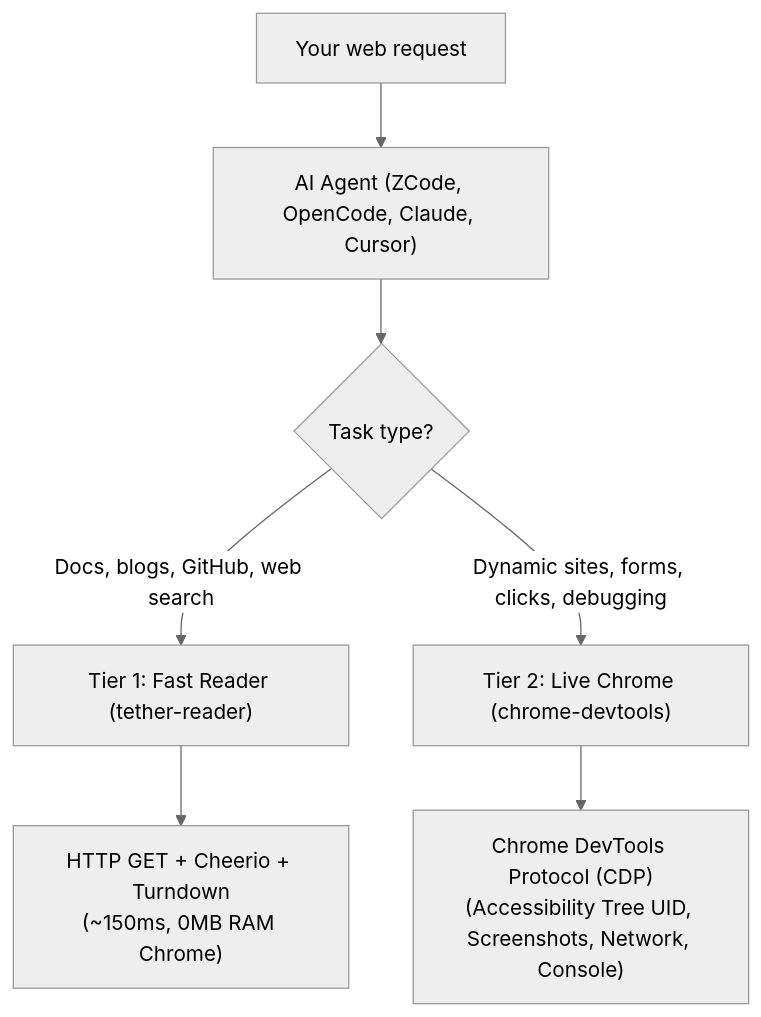
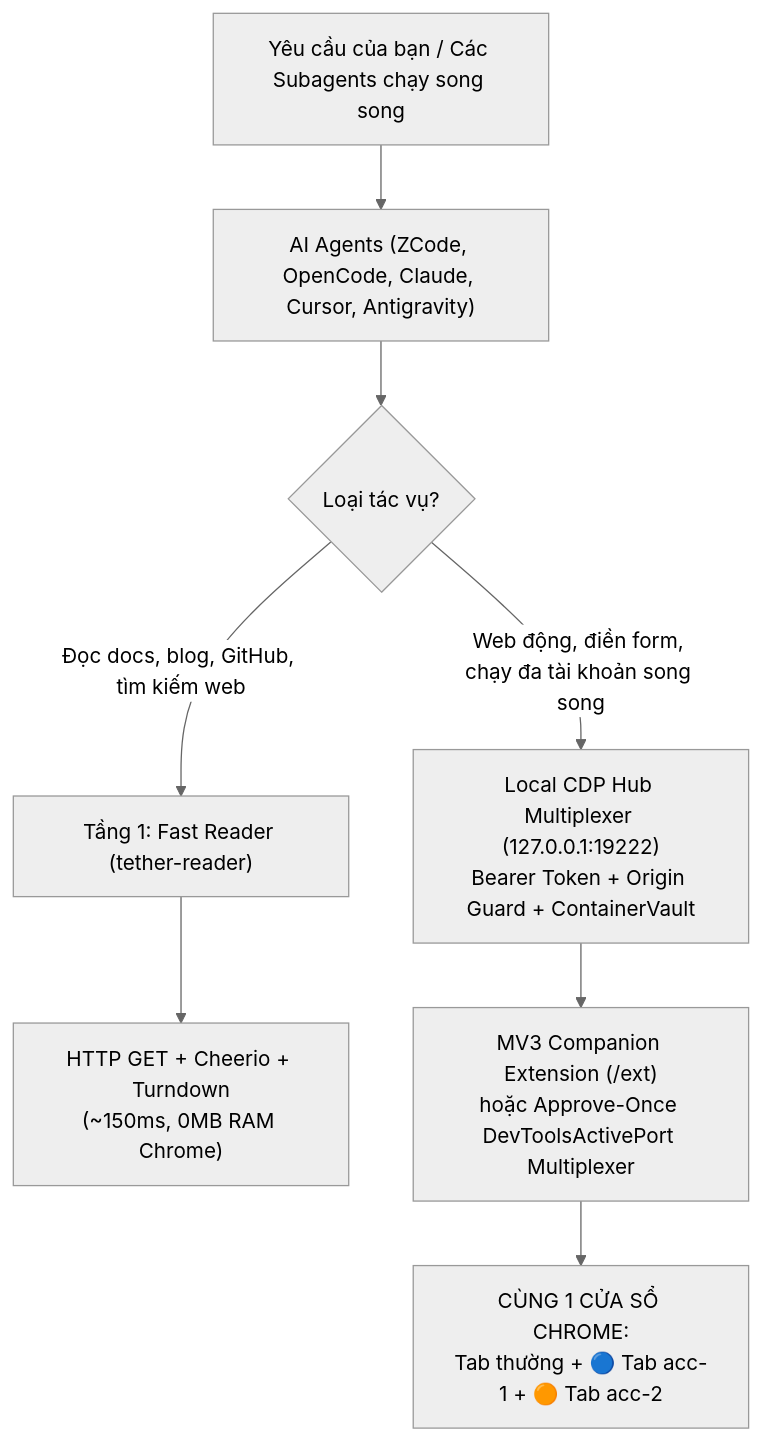
The diagram in README.vi.md (toannguyen3107/chrometether), drawn with Mermaid (neutral theme) before and after one commit. The commit also changed other lines of this file and 1 other file, not shown here.

Commit message:
docs(readme): document Local CDP Hub, MV3 extension & same-window container tabs

````diff
--- a/README.vi.md
+++ b/README.vi.md
@@ -17,11 +18,12 @@
 ```mermaid
 flowchart TD
-    User["Your web request"] --> Agent["AI Agent (ZCode, OpenCode, Claude, Cursor)"]
-    Agent --> Decision{"Task type?"}
+    User["Yêu cầu của bạn / Các Subagents chạy song song"] --> Agent["AI Agents (ZCode, OpenCode, Claude, Cursor, Antigravity)"]
+    Agent --> Decision{"Loại tác vụ?"}
     
-    Decision -- "Docs, blogs, GitHub, web search" --> Tier1["Tier 1: Fast Reader (tether-reader)"]
+    Decision -- "Đọc docs, blog, GitHub, tìm kiếm web" --> Tier1["Tầng 1: Fast Reader (tether-reader)"]
     Tier1 --> Res1["HTTP GET + Cheerio + Turndown\n(~150ms, 0MB RAM Chrome)"]
     
-    Decision -- "Dynamic sites, forms, clicks, debugging" --> Tier2["Tier 2: Live Chrome (chrome-devtools)"]
-    Tier2 --> Res2["Chrome DevTools Protocol (CDP)\n(Accessibility Tree UID, Screenshots, Network, Console)"]
+    Decision -- "Web động, điền form, chạy đa tài khoản song song" --> Hub["Local CDP Hub Multiplexer (127.0.0.1:19222)\nBearer Token + Origin Guard + ContainerVault"]
+    Hub --> Ext["MV3 Companion Extension (/ext)\nhoặc Approve-Once DevToolsActivePort Multiplexer"]
+    Ext --> Tabs["CÙNG 1 CỬA SỔ CHROME:\nTab thường + 🔵 Tab acc-1 + 🟠 Tab acc-2"]
 ```
````
